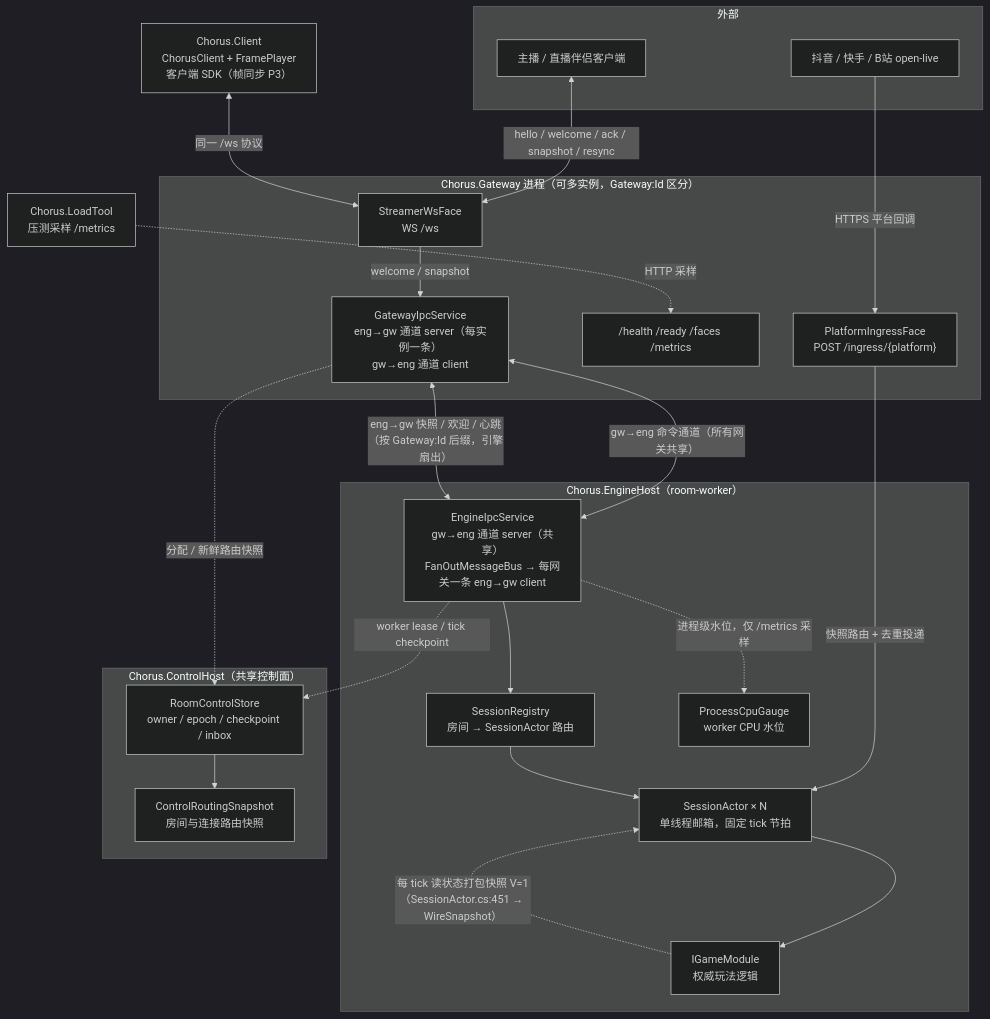
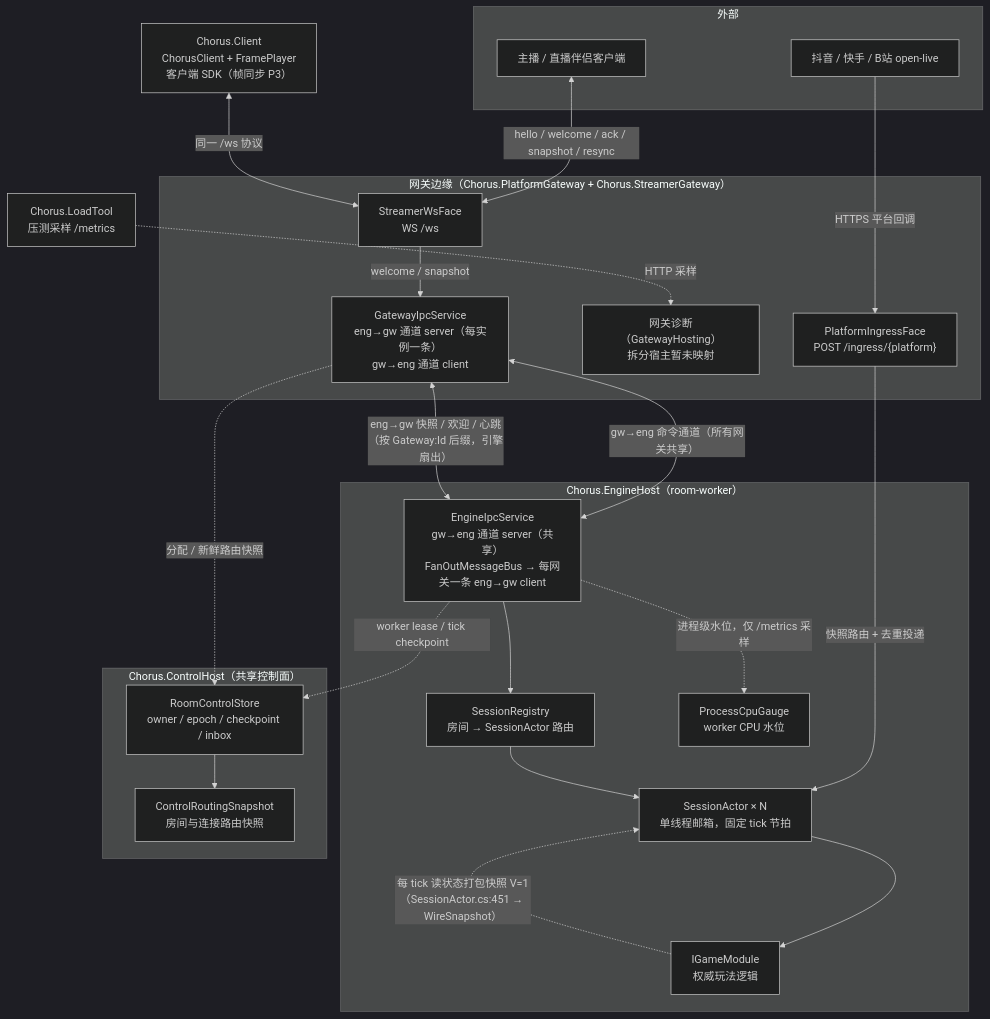
One commit to cuihairu/chorus changed the diagram in docs/zh/design/architecture-overview.md. Above: the diagram before and after it, drawn with Mermaid (dark theme). The commit also changed other lines of this file and 35 other files, not shown here.

````diff
--- a/docs/zh/design/architecture-overview.md
+++ b/docs/zh/design/architecture-overview.md
@@ -12,45 +12,45 @@
 ```mermaid
 flowchart TB
   subgraph EXT["外部"]
     P["抖音 / 快手 / B站 open-live"]
     C["主播 / 直播伴侣客户端"]
   end
 
-  subgraph GW["Chorus.Gateway 进程（可多实例，Gateway:Id 区分）"]
+  subgraph GW["网关边缘（Chorus.PlatformGateway + Chorus.StreamerGateway）"]
     INGRESS["PlatformIngressFace<br/>POST /ingress/{platform}"]
     WS["StreamerWsFace<br/>WS /ws"]
-    OPS["/health /ready /faces /metrics"]
+    OPS["网关诊断（GatewayHosting）<br/>拆分宿主暂未映射"]
     GWIPC["GatewayIpcService<br/>eng→gw 通道 server（每实例一条）<br/>gw→eng 通道 client"]
   end
 
   subgraph WORKER["Chorus.EngineHost（room-worker）"]
     ENGIPC["EngineIpcService<br/>gw→eng 通道 server（共享）<br/>FanOutMessageBus → 每网关一条 eng→gw client"]
     REG["SessionRegistry<br/>房间 → SessionActor 路由"]
     SA["SessionActor × N<br/>单线程邮箱，固定 tick 节拍"]
     GM["IGameModule<br/>权威玩法逻辑"]
     CPU["ProcessCpuGauge<br/>worker CPU 水位"]
   end
 
   subgraph CONTROL["Chorus.ControlHost（共享控制面）"]
     ROOMDB["RoomControlStore<br/>owner / epoch / checkpoint / inbox"]
     ROUTING["ControlRoutingSnapshot<br/>房间与连接路由快照"]
   end
 
   LOADTOOL["Chorus.LoadTool<br/>压测采样 /metrics"]
   SDK["Chorus.Client<br/>ChorusClient + FramePlayer<br/>客户端 SDK（帧同步 P3）"]
 
   P -->|"HTTPS 平台回调"| INGRESS
   C <-->|"hello / welcome / ack / snapshot / resync"| WS
   SDK <-->|"同一 /ws 协议"| WS
   INGRESS -->|"快照路由 + 去重投递"| SA
   WS -->|"welcome / snapshot"| GWIPC
   GWIPC <-->|"gw→eng 命令通道（所有网关共享）"| ENGIPC
   ENGIPC <-->|"eng→gw 快照 / 欢迎 / 心跳（按 Gateway:Id 后缀，引擎扇出）"| GWIPC
   ENGIPC --> REG --> SA --> GM
   GWIPC -.->|"分配 / 新鲜路由快照"| ROOMDB
   ENGIPC -.->|"worker lease / tick checkpoint"| ROOMDB
   ROOMDB --> ROUTING
   GM -.->|"每 tick 读状态打包快照 V=1（SessionActor.cs:451 → WireSnapshot）"| SA
   ENGIPC -.->|"进程级水位，仅 /metrics 采样"| CPU
   LOADTOOL -.->|"HTTP 采样"| OPS
 ```
````
